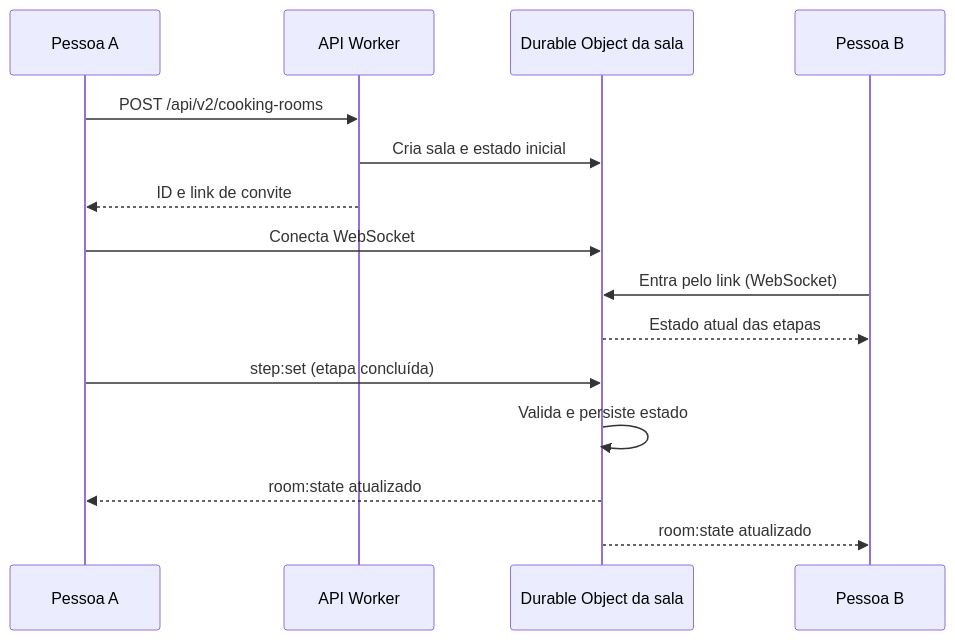
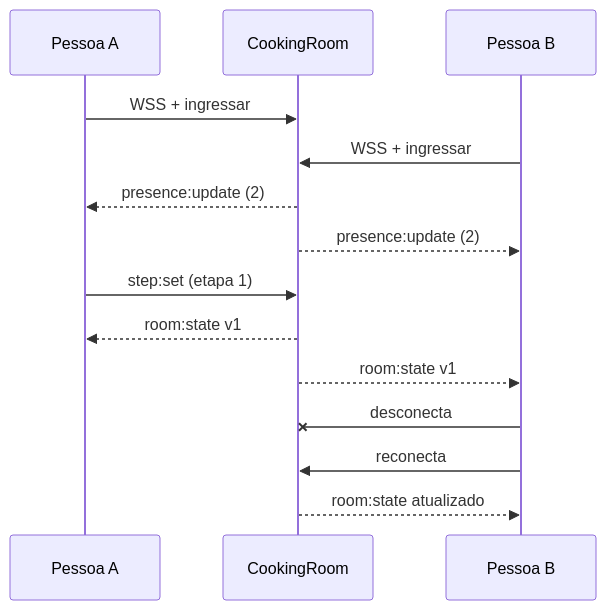
One commit to pitado/receitando changed the third of 3 diagrams in docs/system-design-fase4.md. Above: the diagram before and after it, drawn with Mermaid. The commit also changed other lines of this file and 71 other files, not shown here.

````diff
--- a/docs/system-design-fase4.md
+++ b/docs/system-design-fase4.md
@@ -117,17 +90,16 @@
 ```mermaid
 sequenceDiagram
-    participant A as Pessoa A
-    participant API as API Worker
-    participant DO as Durable Object da sala
-    participant B as Pessoa B
-    A->>API: POST /api/v2/cooking-rooms
-    API->>DO: Cria sala e estado inicial
-    API-->>A: ID e link de convite
-    A->>DO: Conecta WebSocket
-    B->>DO: Entra pelo link (WebSocket)
-    DO-->>B: Estado atual das etapas
-    A->>DO: step:set (etapa concluída)
-    DO->>DO: Valida e persiste estado
-    DO-->>A: room:state atualizado
-    DO-->>B: room:state atualizado
+  participant A as Pessoa A
+  participant DO as CookingRoom
+  participant B as Pessoa B
+  A->>DO: WSS + ingressar
+  B->>DO: WSS + ingressar
+  DO-->>A: presence:update (2)
+  DO-->>B: presence:update (2)
+  A->>DO: step:set (etapa 1)
+  DO-->>A: room:state v1
+  DO-->>B: room:state v1
+  B-xDO: desconecta
+  B->>DO: reconecta
+  DO-->>B: room:state atualizado
 ```
````
